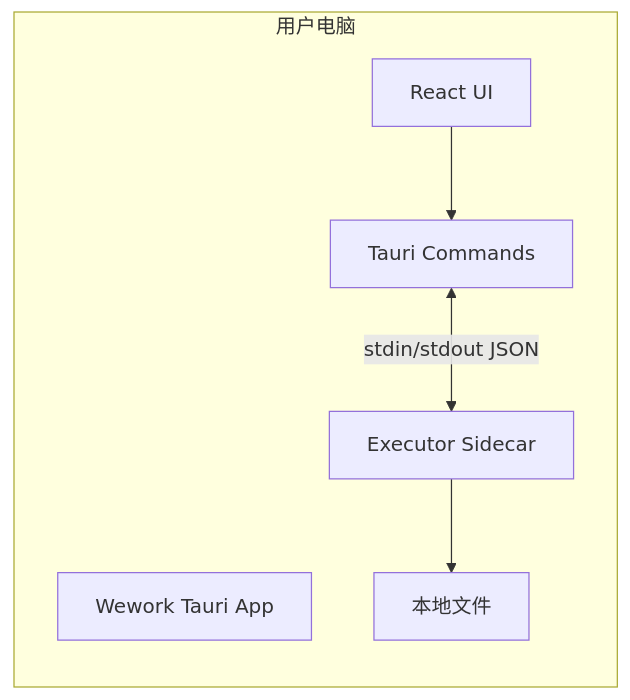
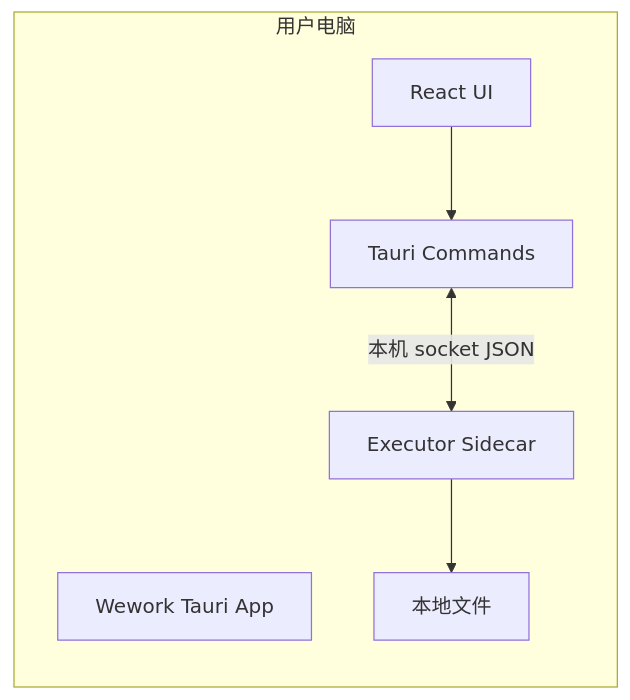
Before and after one commit to wecode-ai/Wegent: the second of 8 diagrams in docs/zh/developer-guide/local-device-architecture.md, drawn with Mermaid. The commit also changed other lines of this file and 58 other files, not shown here.

````diff
--- a/docs/zh/developer-guide/local-device-architecture.md
+++ b/docs/zh/developer-guide/local-device-architecture.md
@@ -43,14 +43,14 @@
 ```mermaid
 flowchart LR
     subgraph "用户电脑"
         APP["Wework Tauri App"]
         UI["React UI"]
         TAURI["Tauri Commands"]
         EX["Executor Sidecar"]
         FS["本地文件"]
     end
 
     UI --> TAURI
-    TAURI <-->|"stdin/stdout JSON"| EX
+    TAURI <-->|"本机 socket JSON"| EX
     EX --> FS
 ```
````
